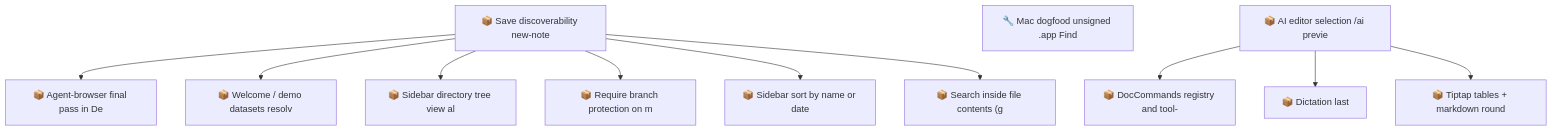
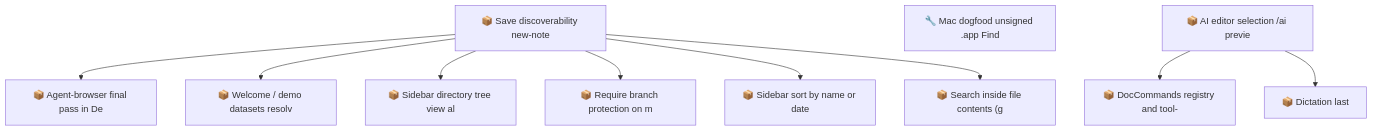
The second of 2 diagrams in docs/roadmap.md (SpillwaveSolutions/motion), drawn with Mermaid before and after one commit. The commit also changed other lines of this file and 26 other files, not shown here.

First line of the commit message:
feat: Tiptap tables with GFM markdown round-trip (#45)

````diff
--- a/docs/roadmap.md
+++ b/docs/roadmap.md
@@ -109,24 +105,22 @@
 ```mermaid
 graph TD
     01KYQYYN3SBWDT25TC6H3G4EAA["📦 Save discoverability new-note"]
     01KYQYYN3T2SSGG33ESEWPXKH8["📦 Agent-browser final pass in De"]
     01KYQYYN3T3VB8RCTMJJ13FK2H["📦 Welcome / demo datasets resolv"]
     01KYQYYN3T5W49QH05WCCYX7CE["📦 Sidebar directory tree view al"]
     01KYQYYN3T731B57N8NXQ8C0FQ["📦 Require branch protection on m"]
     01KYQYYN3TA69K8848E483HC82["📦 Sidebar sort by name or date"]
     01KYQYYN3TKW93D9SVW07VKFZY["📦 Search inside file contents (g"]
     01M18Q560MPAYQJTA0W6F4DAW3["🔧 Mac dogfood unsigned .app Find"]
     01M18R79ZM3BMYZ56C7P874YN1["📦 DocCommands registry and tool-"]
     01M18R79ZM90HJ0MBG3CX6VW7E["📦 Dictation last"]
-    01M18R79ZMK0DX0PE2DPWMZ60D["📦 Tiptap tables + markdown round"]
     01M18R79ZMN53CMV76JFHKVEFN["📦 AI editor selection /ai previe"]
     01KYQYYN3SBWDT25TC6H3G4EAA --> 01KYQYYN3T2SSGG33ESEWPXKH8
     01KYQYYN3SBWDT25TC6H3G4EAA --> 01KYQYYN3T3VB8RCTMJJ13FK2H
     01KYQYYN3SBWDT25TC6H3G4EAA --> 01KYQYYN3T5W49QH05WCCYX7CE
     01KYQYYN3SBWDT25TC6H3G4EAA --> 01KYQYYN3T731B57N8NXQ8C0FQ
     01KYQYYN3SBWDT25TC6H3G4EAA --> 01KYQYYN3TA69K8848E483HC82
     01KYQYYN3SBWDT25TC6H3G4EAA --> 01KYQYYN3TKW93D9SVW07VKFZY
     01M18R79ZMN53CMV76JFHKVEFN --> 01M18R79ZM3BMYZ56C7P874YN1
     01M18R79ZMN53CMV76JFHKVEFN --> 01M18R79ZM90HJ0MBG3CX6VW7E
-    01M18R79ZMN53CMV76JFHKVEFN --> 01M18R79ZMK0DX0PE2DPWMZ60D
 ```
````
